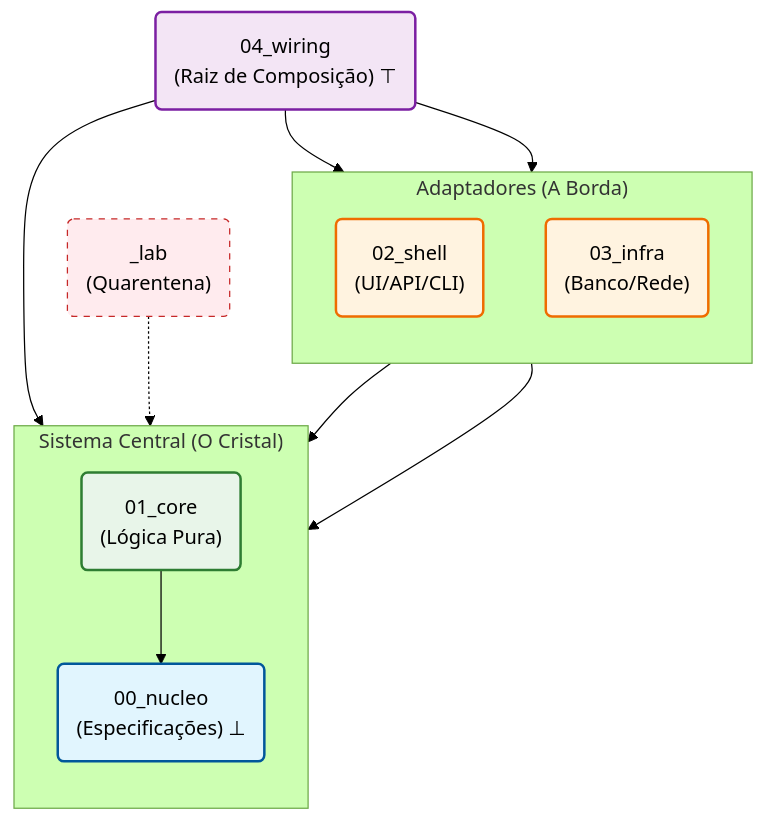
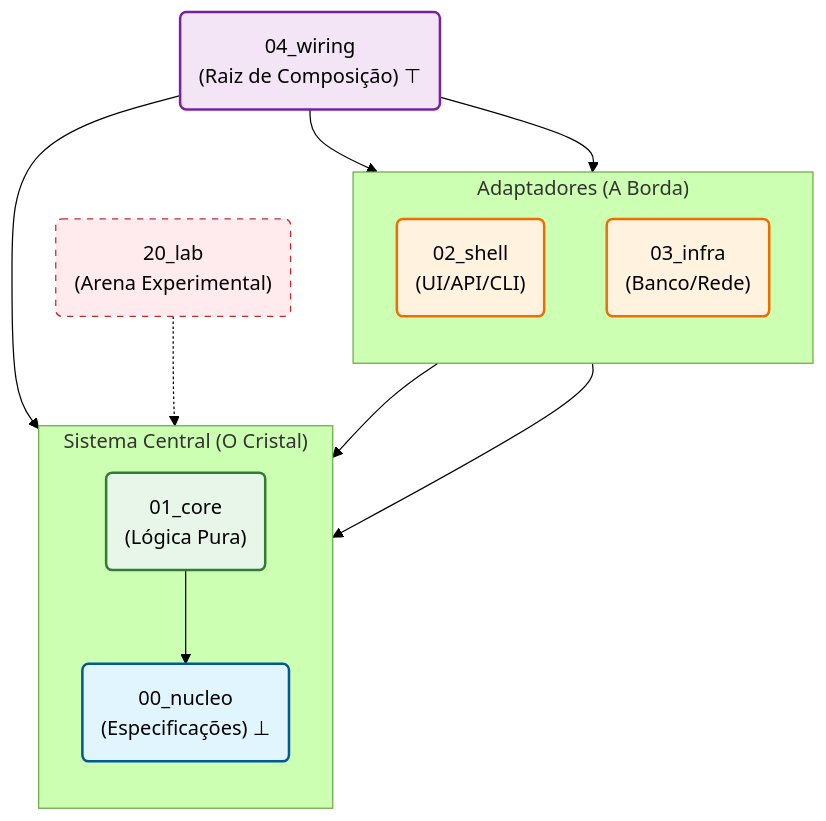
Before and after one commit to Dikluwe/Tekt: the diagram in README.pt.md, drawn with Mermaid (forest theme). The commit also changed other lines of this file and 26 other files, not shown here.

````diff
--- a/README.pt.md
+++ b/README.pt.md
@@ -160,39 +89,40 @@
 ```mermaid
 graph TD
     subgraph Crystal ["Sistema Central (O Cristal)"]
         direction TB
         N("00_nucleo<br>(Especificações) ⊥")
         C("01_core<br>(Lógica Pura)")
     end
 
     subgraph Adapters ["Adaptadores (A Borda)"]
         direction TB
         S("02_shell<br>(UI/API/CLI)")
         I("03_infra<br>(Banco/Rede)")
     end
 
     W("04_wiring<br>(Raiz de Composição) ⊤")
-    L("_lab<br>(Quarentena)")
+    L("20_lab<br>(Arena Experimental)")
+
 
     %% Dependências (setas apontam para o que é dependido)
     C --> N
     S --> C
     I --> C
     W --> S
     W --> I
     W --> C
     L -.-> N
     
     %% Estilos
     classDef nucleus fill:#e1f5fe,stroke:#01579b,stroke-width:2px,color:black;
     classDef core fill:#e8f5e9,stroke:#2e7d32,stroke-width:2px,color:black;
     classDef adapters fill:#fff3e0,stroke:#ef6c00,stroke-width:2px,color:black;
     classDef wiring fill:#f3e5f5,stroke:#7b1fa2,stroke-width:2px,color:black;
     classDef lab fill:#ffebee,stroke:#c62828,stroke-dasharray: 5 5,color:black;
 
     class N nucleus;
     class C core;
     class S,I adapters;
     class W wiring;
     class L lab;
 ```
````
